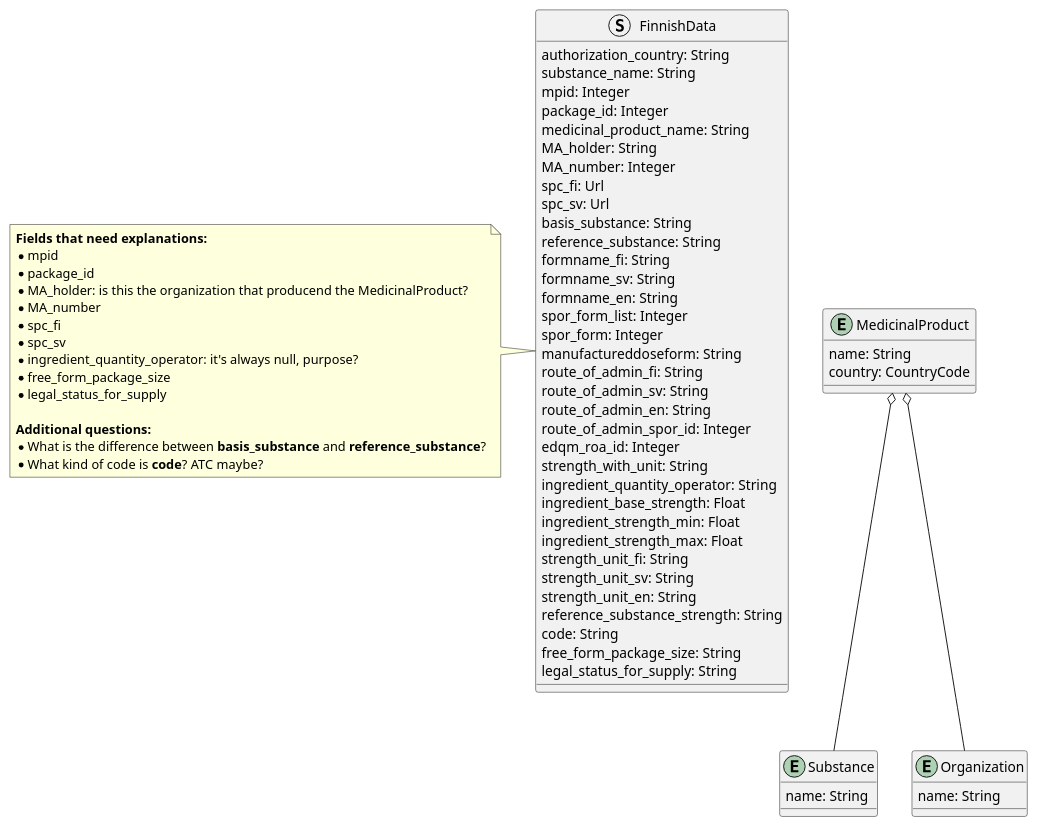
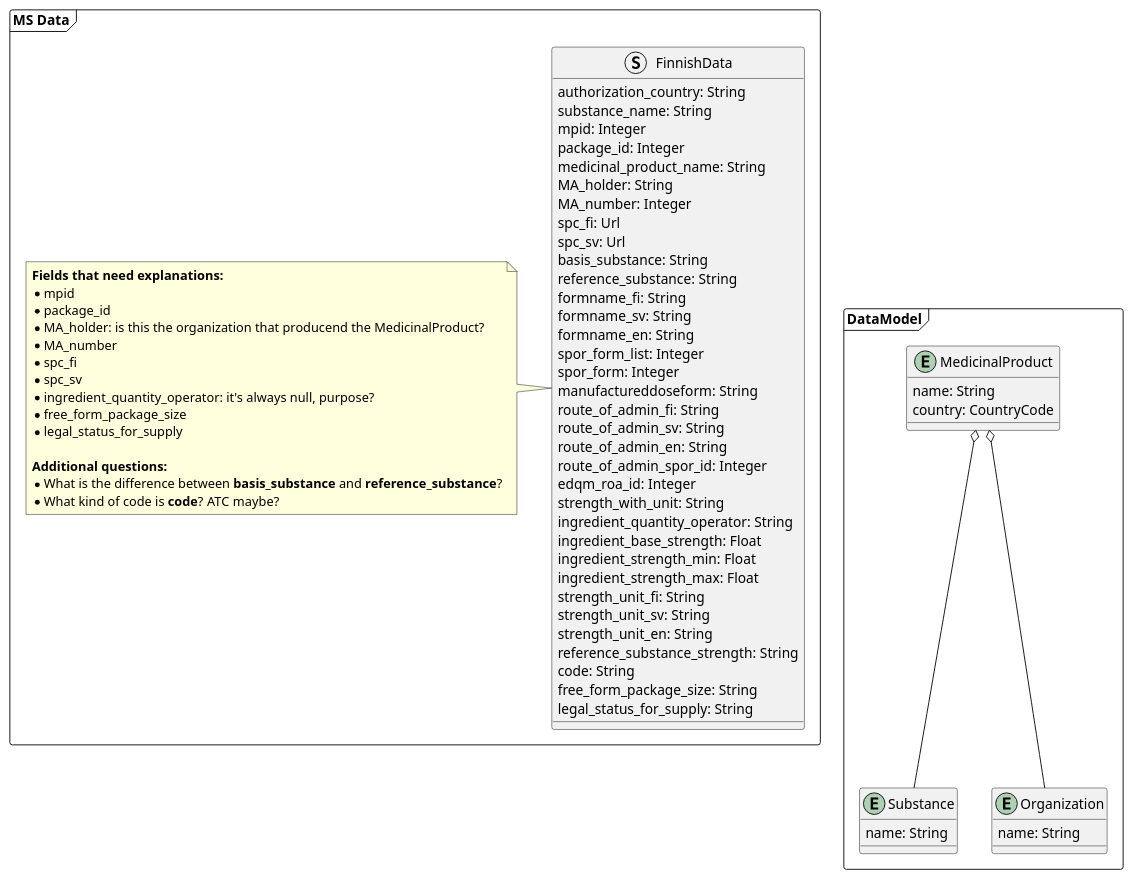
Before and after one commit to unicom-project-eu/wp6-db-api: the diagram in uml/datamodel.puml, drawn with PlantUML.

Commit message:
Subdivided in frames

```diff
--- a/uml/datamodel.puml
+++ b/uml/datamodel.puml
@@ -2,71 +2,75 @@
 @startuml
-struct FinnishData {
-    authorization_country: String
-    substance_name: String
-    mpid: Integer
-    package_id: Integer
-    medicinal_product_name: String
-    MA_holder: String
-    MA_number: Integer
-    spc_fi: Url
-    spc_sv: Url
-    basis_substance: String
-    reference_substance: String
-    formname_fi: String
-    formname_sv: String
-    formname_en: String
-    spor_form_list: Integer
-    spor_form: Integer
-    manufactureddoseform: String
-    route_of_admin_fi: String
-    route_of_admin_sv: String
-    route_of_admin_en: String
-    route_of_admin_spor_id: Integer
-    edqm_roa_id: Integer
-    strength_with_unit: String
-    ingredient_quantity_operator: String
-    ingredient_base_strength: Float
-    ingredient_strength_min: Float
-    ingredient_strength_max: Float
-    strength_unit_fi: String
-    strength_unit_sv: String
-    strength_unit_en: String
-    reference_substance_strength: String
-    code: String
-    free_form_package_size: String
-    legal_status_for_supply: String
+package "MS Data" <<frame>> {
+    struct FinnishData {
+        authorization_country: String
+        substance_name: String
+        mpid: Integer
+        package_id: Integer
+        medicinal_product_name: String
+        MA_holder: String
+        MA_number: Integer
+        spc_fi: Url
+        spc_sv: Url
+        basis_substance: String
+        reference_substance: String
+        formname_fi: String
+        formname_sv: String
+        formname_en: String
+        spor_form_list: Integer
+        spor_form: Integer
+        manufactureddoseform: String
+        route_of_admin_fi: String
+        route_of_admin_sv: String
+        route_of_admin_en: String
+        route_of_admin_spor_id: Integer
+        edqm_roa_id: Integer
+        strength_with_unit: String
+        ingredient_quantity_operator: String
+        ingredient_base_strength: Float
+        ingredient_strength_min: Float
+        ingredient_strength_max: Float
+        strength_unit_fi: String
+        strength_unit_sv: String
+        strength_unit_en: String
+        reference_substance_strength: String
+        code: String
+        free_form_package_size: String
+        legal_status_for_supply: String
+    }
+
+    note left of FinnishData
+        **Fields that need explanations:**
+        * mpid
+        * package_id
+        * MA_holder: is this the organization that producend the MedicinalProduct?
+        * MA_number
+        * spc_fi
+        * spc_sv
+        * ingredient_quantity_operator: it's always null, purpose?
+        * free_form_package_size
+        * legal_status_for_supply
+
+        **Additional questions:**
+        * What is the difference between **basis_substance** and **reference_substance**?
+        * What kind of code is **code**? ATC maybe?
+    end note
 }
 
-note left of FinnishData
-    **Fields that need explanations:**
-    * mpid
-    * package_id
-    * MA_holder: is this the organization that producend the MedicinalProduct?
-    * MA_number
-    * spc_fi
-    * spc_sv
-    * ingredient_quantity_operator: it's always null, purpose?
-    * free_form_package_size
-    * legal_status_for_supply
+package DataModel <<frame>> {
+    entity Substance {
+        name: String
+    }
 
-    **Additional questions:**
-    * What is the difference between **basis_substance** and **reference_substance**?
-    * What kind of code is **code**? ATC maybe?
-end note
+    entity MedicinalProduct {
+        name: String
+        country: CountryCode
+    }
 
-entity Substance {
-    name: String
+    entity Organization {
+        name: String
+    }
+
+    MedicinalProduct o-- Organization
+    MedicinalProduct o-- Substance
 }
-
-entity MedicinalProduct {
-    name: String
-    country: CountryCode
-}
-
-entity Organization {
-    name: String
-}
-
-MedicinalProduct o-- Organization
-MedicinalProduct o-- Substance
 @enduml
```
